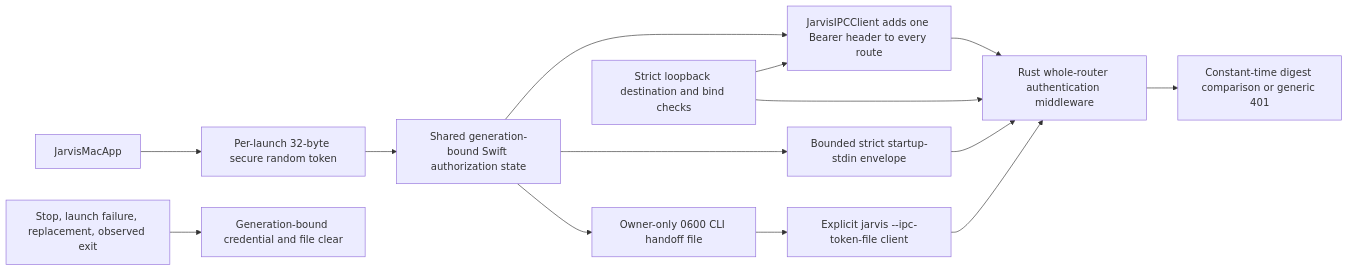
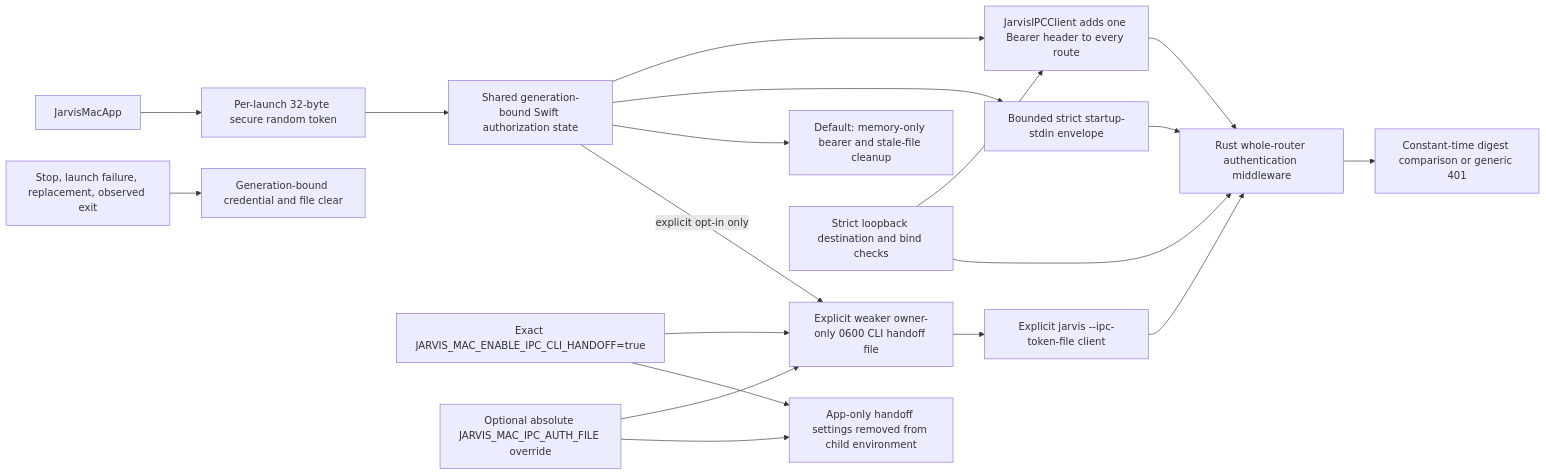
Before and after one commit to malak333/Assemblywright: the first of 8 diagrams in docs/architecture-map.md, drawn with Mermaid. The commit also changed other lines of this file and 17 other files, not shown here.

Commit message:
Keep supervised IPC credentials in memory

````diff
--- a/docs/architecture-map.md
+++ b/docs/architecture-map.md
@@ -7,16 +7,21 @@
 ```mermaid
 flowchart LR
   A["JarvisMacApp"] --> R["Per-launch 32-byte secure random token"]
   R --> S["Shared generation-bound Swift authorization state"]
   S --> C["JarvisIPCClient adds one Bearer header to every route"]
   S --> E["Bounded strict startup-stdin envelope"]
-  S --> F["Owner-only 0600 CLI handoff file"]
+  S --> D["Default: memory-only bearer and stale-file cleanup"]
+  O["Exact JARVIS_MAC_ENABLE_IPC_CLI_HANDOFF=true"] --> F["Explicit weaker owner-only 0600 CLI handoff file"]
+  V["Optional absolute JARVIS_MAC_IPC_AUTH_FILE override"] --> F
+  S -->|"explicit opt-in only"| F
   E --> M["Rust whole-router authentication middleware"]
   C --> M
   F --> L["Explicit jarvis --ipc-token-file client"]
   L --> M
+  O --> Z["App-only handoff settings removed from child environment"]
+  V --> Z
   B["Strict loopback destination and bind checks"] --> C
   B --> M
   M --> X["Constant-time digest comparison or generic 401"]
   P["Stop, launch failure, replacement, observed exit"] --> G["Generation-bound credential and file clear"]
 ```
````
